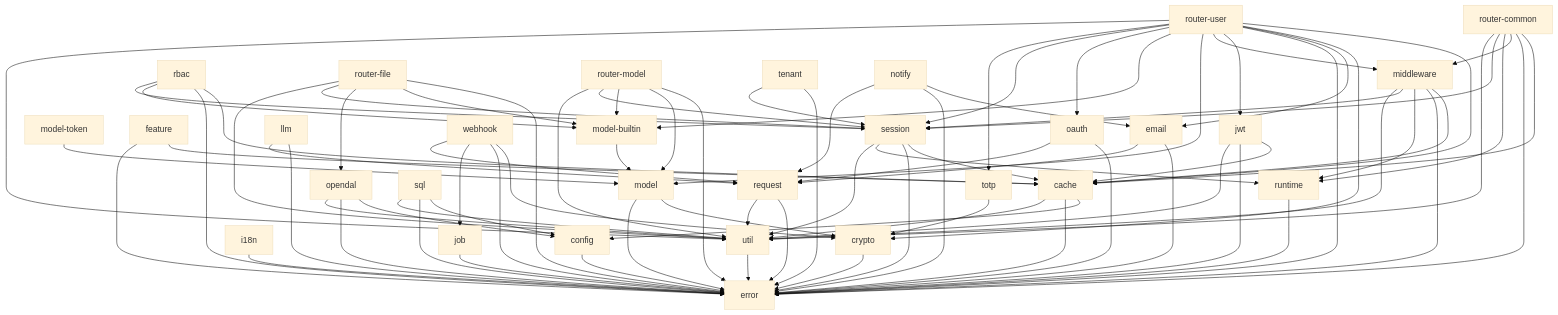
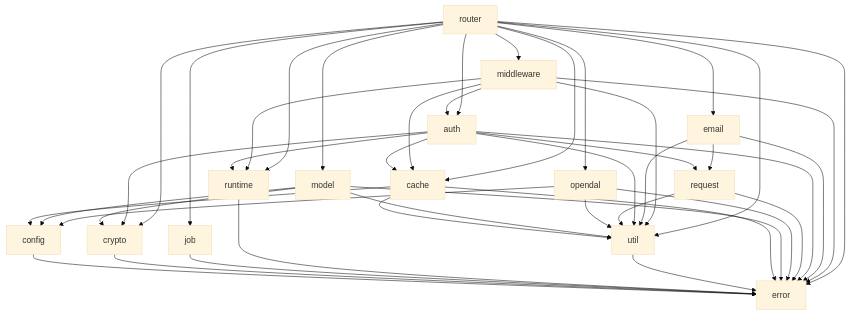
The diagram in docs/modules.md (vicanso/tibba), drawn with Mermaid (base theme) before and after one commit. The commit also changed 233 other files, not shown here.

````diff
--- a/docs/modules.md
+++ b/docs/modules.md
@@ -15,8 +15,6 @@
     config --> error
 
     crypto --> error
-
-    i18n --> error
 
     job --> error
 
@@ -24,14 +22,14 @@
 
     util --> error
 
-    model --> crypto
-    model --> error
-
-    totp --> crypto
-
     cache --> config
     cache --> error
     cache --> util
+
+    model --> config
+    model --> crypto
+    model --> error
+    model --> util
 
     opendal --> config
     opendal --> error
@@ -40,87 +38,32 @@
     request --> error
     request --> util
 
-    sql --> config
-    sql --> error
-    sql --> util
-
-    model-builtin --> model
-
-    model-token --> model
-
-    feature --> cache
-    feature --> error
-
-    jwt --> cache
-    jwt --> error
-    jwt --> util
-
-    session --> cache
-    session --> error
-    session --> runtime
-    session --> util
+    auth --> cache
+    auth --> crypto
+    auth --> error
+    auth --> request
+    auth --> runtime
+    auth --> util
 
     email --> error
     email --> request
+    email --> util
 
-    llm --> error
-    llm --> request
-
-    oauth --> error
-    oauth --> request
-
-    webhook --> crypto
-    webhook --> error
-    webhook --> job
-    webhook --> request
-
+    middleware --> auth
     middleware --> cache
     middleware --> error
     middleware --> runtime
-    middleware --> session
     middleware --> util
 
-    rbac --> cache
-    rbac --> error
-    rbac --> model-builtin
-    rbac --> session
-
-    router-file --> error
-    router-file --> model-builtin
-    router-file --> opendal
-    router-file --> session
-    router-file --> util
-
-    router-model --> error
-    router-model --> model
-    router-model --> model-builtin
-    router-model --> session
-    router-model --> util
-
-    tenant --> error
-    tenant --> session
-
-    notify --> email
-    notify --> error
-    notify --> request
-
-    router-common --> cache
-    router-common --> error
-    router-common --> middleware
-    router-common --> runtime
-    router-common --> session
-    router-common --> util
-
-    router-user --> cache
-    router-user --> crypto
-    router-user --> email
-    router-user --> error
-    router-user --> jwt
-    router-user --> middleware
-    router-user --> model
-    router-user --> model-builtin
-    router-user --> oauth
-    router-user --> session
-    router-user --> totp
-    router-user --> util
+    router --> auth
+    router --> cache
+    router --> crypto
+    router --> email
+    router --> error
+    router --> job
+    router --> middleware
+    router --> model
+    router --> opendal
+    router --> runtime
+    router --> util
 ```
````
